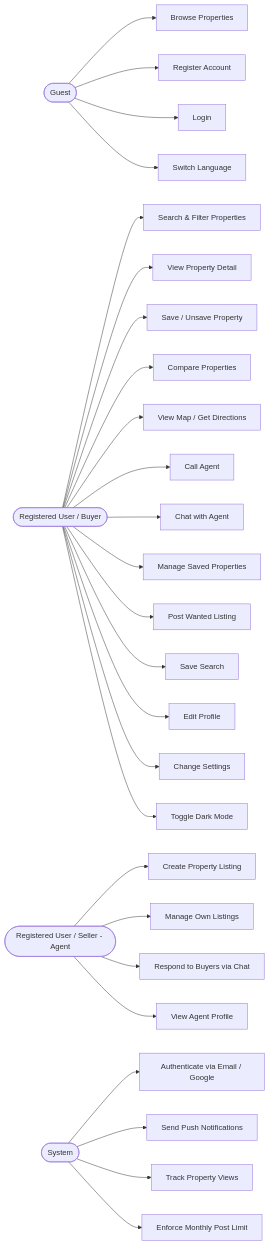
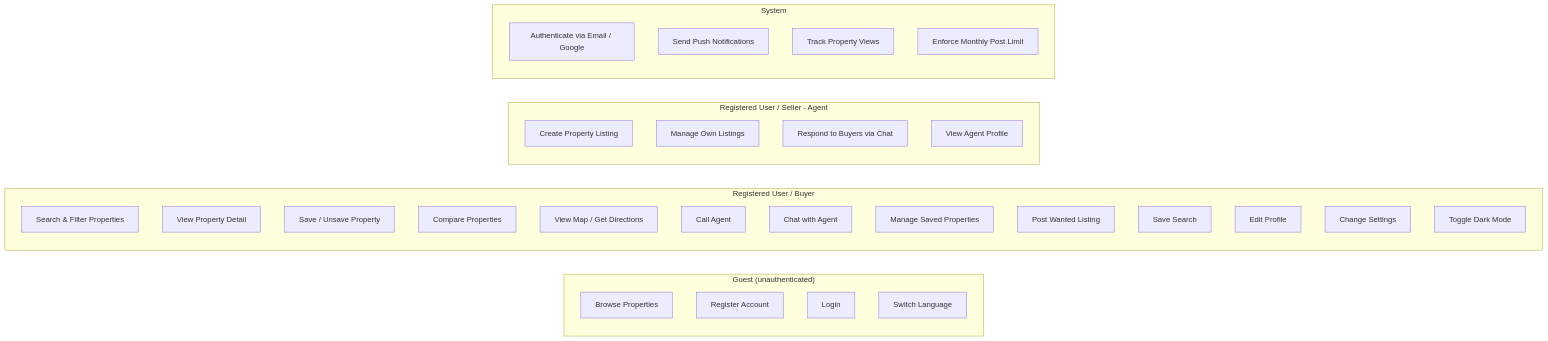
One commit to phyothant-dev/nestfinder changed the diagram in docs/diagrams/usecase.mmd. Above: the diagram before and after it, drawn with Mermaid. The commit also changed 5 other files, not shown here.

Commit message:
Redraw diagrams to eliminate crossing lines

```diff
--- a/docs/diagrams/usecase.mmd
+++ b/docs/diagrams/usecase.mmd
@@ -1,34 +1,41 @@
 flowchart LR
-    Guest([Guest])
-    User([Registered User / Buyer])
-    Agent([Registered User / Seller - Agent])
-    System([System])
+    subgraph Guest["Guest (unauthenticated)"]
+        direction TB
+        G1[Browse Properties]
+        G2[Register Account]
+        G3[Login]
+        G4[Switch Language]
+    end
 
-    Guest --> G1[Browse Properties]
-    Guest --> G2[Register Account]
-    Guest --> G3[Login]
-    Guest --> G4[Switch Language]
+    subgraph User["Registered User / Buyer"]
+        direction TB
+        U1[Search & Filter Properties]
+        U2[View Property Detail]
+        U3[Save / Unsave Property]
+        U4[Compare Properties]
+        U5[View Map / Get Directions]
+        U6[Call Agent]
+        U7[Chat with Agent]
+        U8[Manage Saved Properties]
+        U9[Post Wanted Listing]
+        U10[Save Search]
+        U11[Edit Profile]
+        U12[Change Settings]
+        U13[Toggle Dark Mode]
+    end
 
-    User --> U1[Search & Filter Properties]
-    User --> U2[View Property Detail]
-    User --> U3[Save / Unsave Property]
-    User --> U4[Compare Properties]
-    User --> U5[View Map / Get Directions]
-    User --> U6[Call Agent]
-    User --> U7[Chat with Agent]
-    User --> U8[Manage Saved Properties]
-    User --> U9[Post Wanted Listing]
-    User --> U10[Save Search]
-    User --> U11[Edit Profile]
-    User --> U12[Change Settings]
-    User --> U13[Toggle Dark Mode]
+    subgraph Agent["Registered User / Seller - Agent"]
+        direction TB
+        A1[Create Property Listing]
+        A2[Manage Own Listings]
+        A3[Respond to Buyers via Chat]
+        A4[View Agent Profile]
+    end
 
-    Agent --> A1[Create Property Listing]
-    Agent --> A2[Manage Own Listings]
-    Agent --> A3[Respond to Buyers via Chat]
-    Agent --> A4[View Agent Profile]
-
-    System --> S1[Authenticate via Email / Google]
-    System --> S2[Send Push Notifications]
-    System --> S3[Track Property Views]
-    System --> S4[Enforce Monthly Post Limit]
+    subgraph System["System"]
+        direction TB
+        S1[Authenticate via Email / Google]
+        S2[Send Push Notifications]
+        S3[Track Property Views]
+        S4[Enforce Monthly Post Limit]
+    end
```
